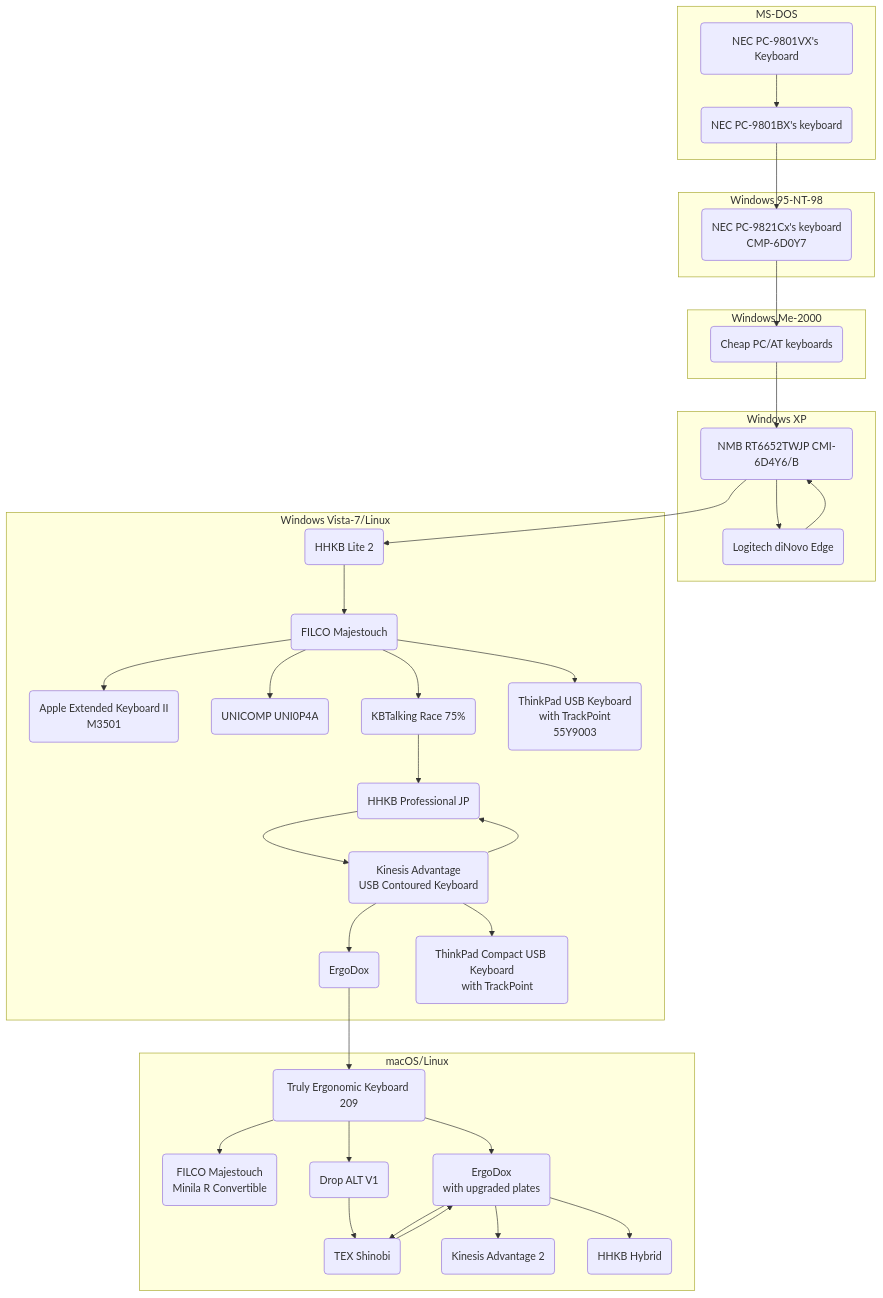
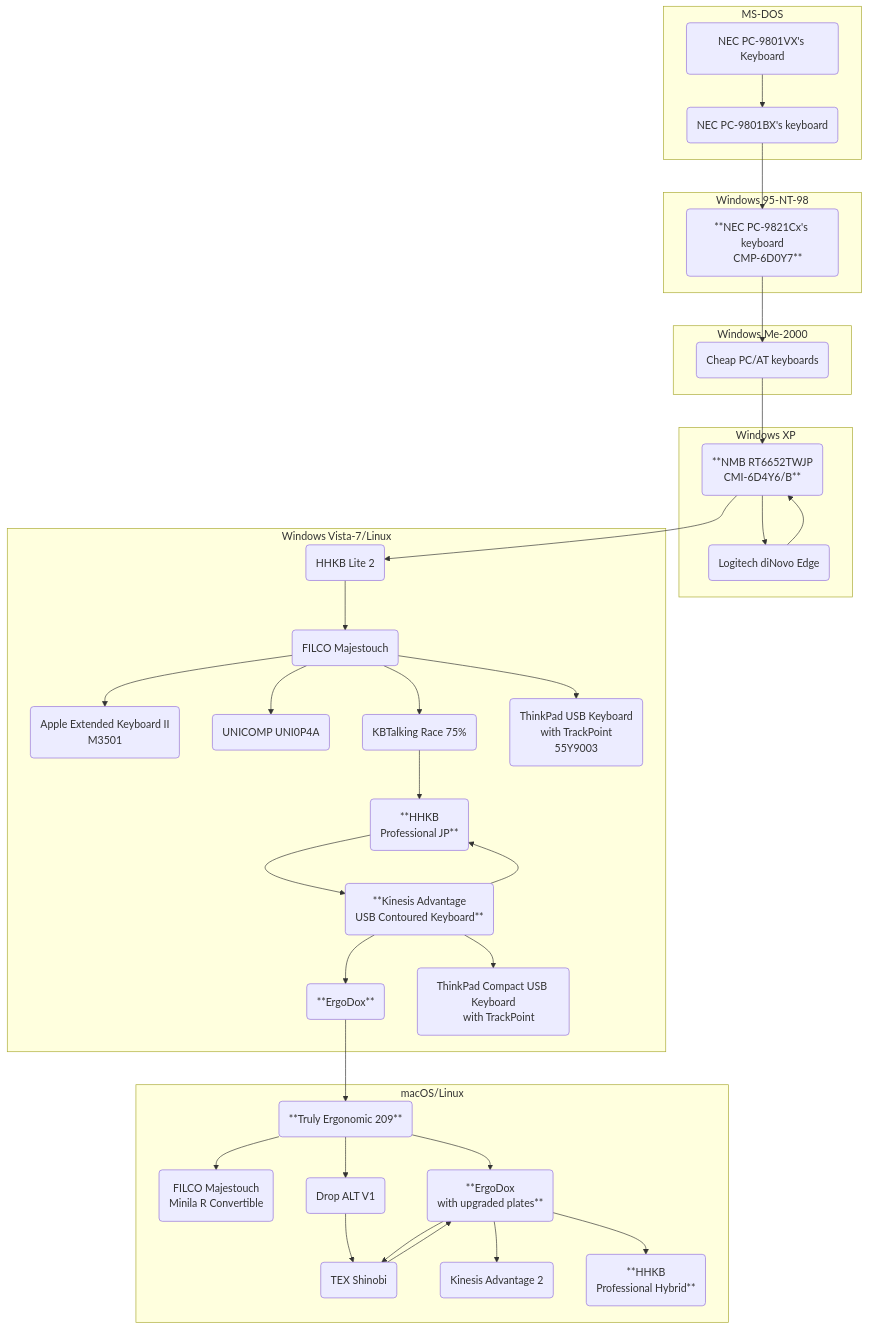
Before and after one commit to sumibi-yakitori/sumibi-yakitori: the diagram in hid.md, drawn with Mermaid.

````diff
--- a/hid.md
+++ b/hid.md
@@ -19,53 +19,56 @@
 ```mermaid
 graph TD;
     subgraph MS-DOS
     pc9801vx(NEC PC-9801VX's Keyboard)-->pc9801bx(NEC PC-9801BX's keyboard);
     end
 
     subgraph Windows 95-NT-98
-    pc9801bx-->pc9821cx13("NEC PC-9821Cx's keyboard
-    CMP-6D0Y7");
+    pc9801bx-->pc9821cx13("**NEC PC-9821Cx's keyboard
+    CMP-6D0Y7**");
     end
 
     subgraph Windows Me-2000
     pc9821cx13-->pcat1(Cheap PC/AT keyboards);
     end
 
     subgraph Windows XP
     pcat1-->nmb;
-    nmb(NMB RT6652TWJP CMI-6D4Y6/B)-->Logitech(Logitech diNovo Edge)-->nmb;
+    nmb("**NMB RT6652TWJP
+    CMI-6D4Y6/B**")-->Logitech(Logitech diNovo Edge)-->nmb;
     end
 
     subgraph Windows Vista-7/Linux
     nmb-->hhkb-lite(HHKB Lite 2);
     hhkb-lite-->filco-m(FILCO Majestouch);
     filco-m-->ae-kb("Apple Extended Keyboard II
     M3501");
     filco-m-->unicomp(UNICOMP UNI0P4A);
     filco-m-->race(KBTalking Race 75%);
     filco-m-->thinkpad1("ThinkPad USB Keyboard
     with TrackPoint
     55Y9003");
-    race-->hhkb-pro-jp(HHKB Professional JP);
-    hhkb-pro-jp-->kinesis-a("Kinesis Advantage
-    USB Contoured Keyboard");
+    race-->hhkb-pro-jp("**HHKB
+    Professional JP**");
+    hhkb-pro-jp-->kinesis-a("**Kinesis Advantage
+    USB Contoured Keyboard**");
     kinesis-a-->hhkb-pro-jp;
-    kinesis-a-->ergodox1(ErgoDox);
+    kinesis-a-->ergodox1("**ErgoDox**");
     kinesis-a-->thinkpad2("ThinkPad Compact USB Keyboard
     with TrackPoint");
     end
 
     subgraph macOS/Linux
-    ergodox1-->teck(Truly Ergonomic Keyboard 209);
+    ergodox1-->teck("**Truly Ergonomic 209**");
     teck-->filco-minila-r("FILCO Majestouch
     Minila R Convertible");
-    teck-->ergodox2("ErgoDox
-    with upgraded plates");
+    teck-->ergodox2("**ErgoDox
+    with upgraded plates**");
     teck-->drop-alt(Drop ALT V1);
     drop-alt-->shinobi;
     ergodox2-->shinobi(TEX Shinobi);
     shinobi-->ergodox2
     ergodox2-->kinesis-a2(Kinesis Advantage 2);
-    ergodox2-->hhkb-hybrid(HHKB Hybrid);
+    ergodox2-->hhkb-hybrid("**HHKB
+    Professional Hybrid**");
     end
 ```
````
